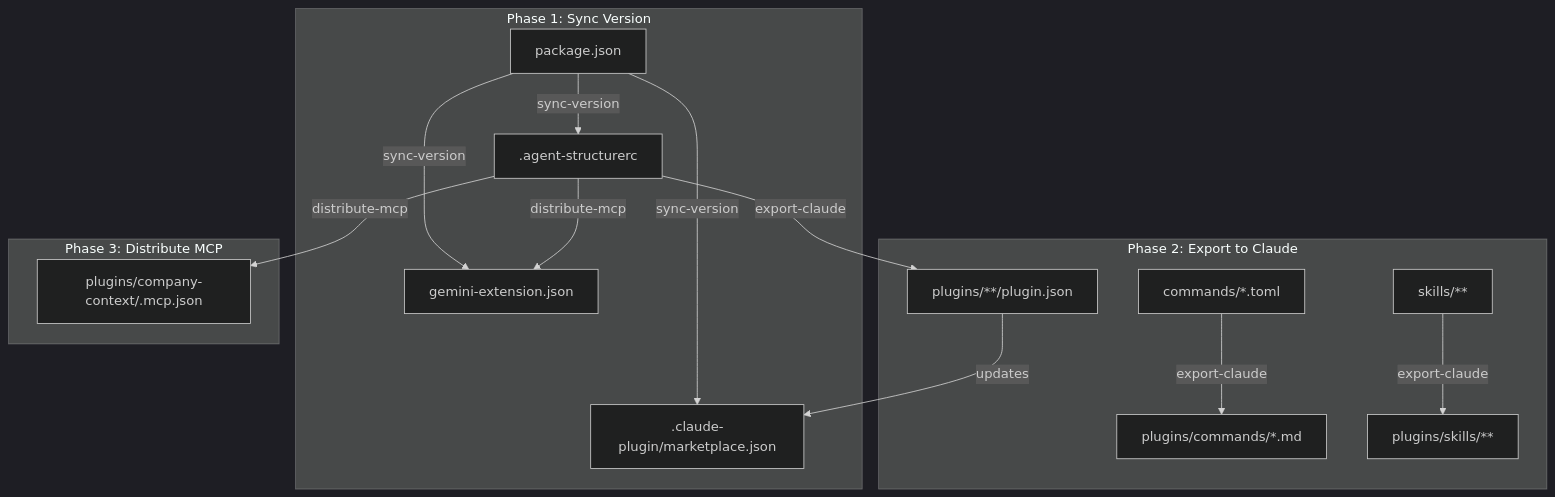
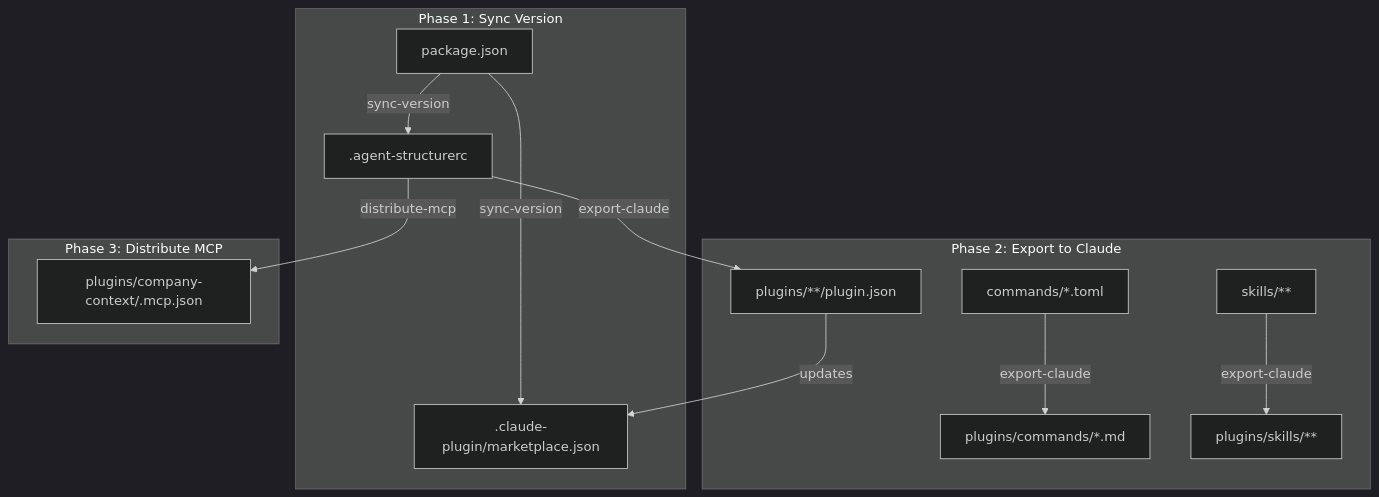
Before and after one commit to dezkareid/ai-team: the first of 2 diagrams in AGENTS.md, drawn with Mermaid (dark theme). The commit also changed other lines of this file and 21 other files, not shown here.

````diff
--- a/AGENTS.md
+++ b/AGENTS.md
@@ -261,20 +257,18 @@
 ```mermaid
 graph TD
     subgraph "Phase 1: Sync Version"
         P[package.json] -- sync-version --> AS[.agent-structurerc]
         P -- sync-version --> M[.claude-plugin/marketplace.json]
-        P -- sync-version --> GE[gemini-extension.json]
     end
 
     subgraph "Phase 2: Export to Claude"
         CMD[commands/*.toml] -- export-claude --> P_CMD[plugins/commands/*.md]
         SKL[skills/**] -- export-claude --> P_SKL[plugins/skills/**]
         AS -- export-claude --> P_JSON[plugins/**/plugin.json]
         P_JSON -- updates --> M
     end
 
     subgraph "Phase 3: Distribute MCP"
-        AS -- distribute-mcp --> GE
         AS -- distribute-mcp --> PM[plugins/company-context/.mcp.json]
     end
 ```
````
